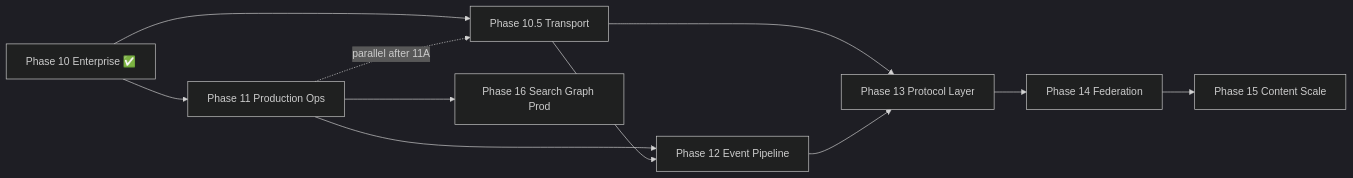
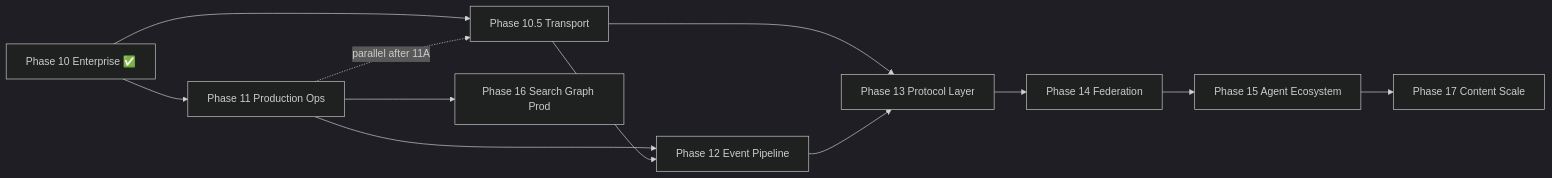
The diagram in .ai/phases/roadmap/10-POST-ROADMAP.md (ontorata/ratary), drawn with Mermaid (dark theme) before and after one commit. The commit also changed other lines of this file and 10 other files, not shown here.

First line of the commit message:
docs(phases): add Phase 15 autonomous agent ecosystem design

````diff
--- a/.ai/phases/roadmap/10-POST-ROADMAP.md
+++ b/.ai/phases/roadmap/10-POST-ROADMAP.md
@@ -32,13 +32,14 @@
 ```mermaid
 flowchart LR
   P10[Phase 10 Enterprise ✅] --> P11[Phase 11 Production Ops]
   P10 --> P105[Phase 10.5 Transport]
   P11 -.->|parallel after 11A| P105
   P11 --> P12[Phase 12 Event Pipeline]
   P105 --> P13[Phase 13 Protocol Layer]
   P12 --> P13
   P13 --> P14[Phase 14 Federation]
-  P14 --> P15[Phase 15 Content Scale]
+  P14 --> P15[Phase 15 Agent Ecosystem]
+  P15 --> P17[Phase 17 Content Scale]
   P11 --> P16[Phase 16 Search Graph Prod]
   P105 --> P12
 ```
````
